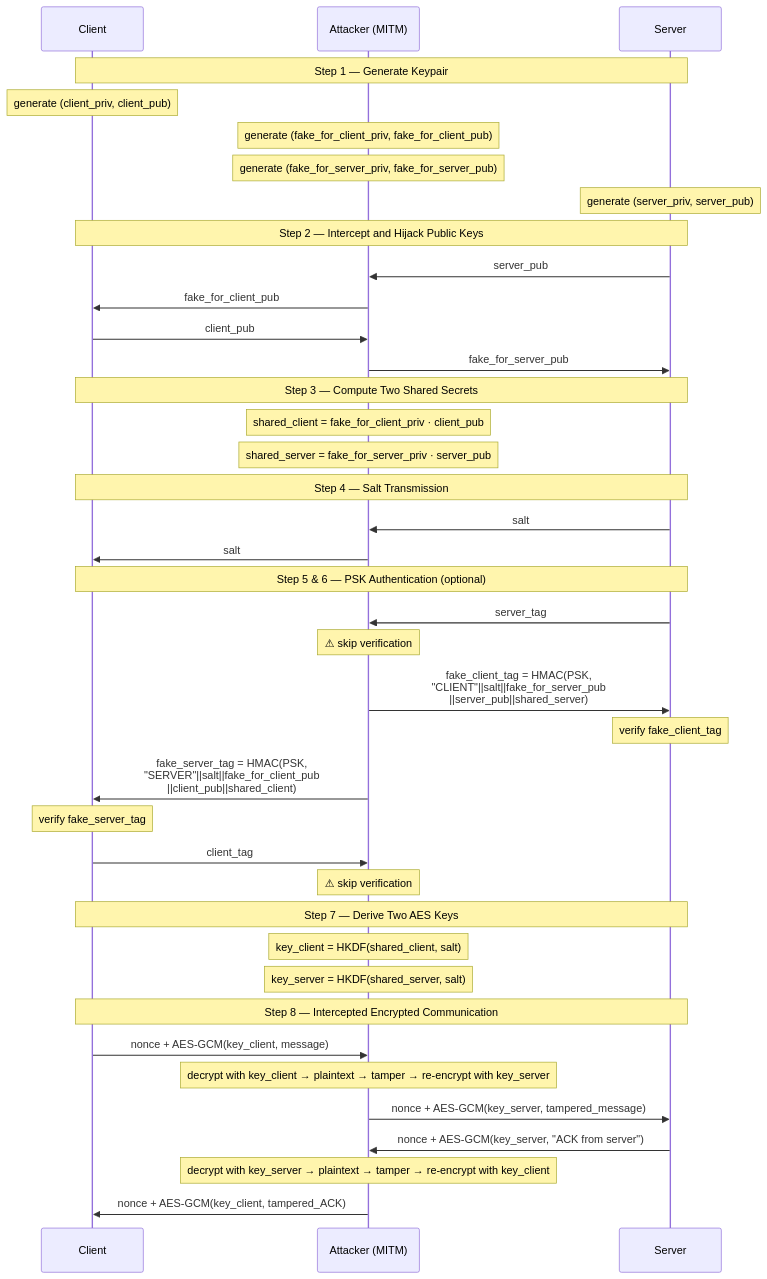
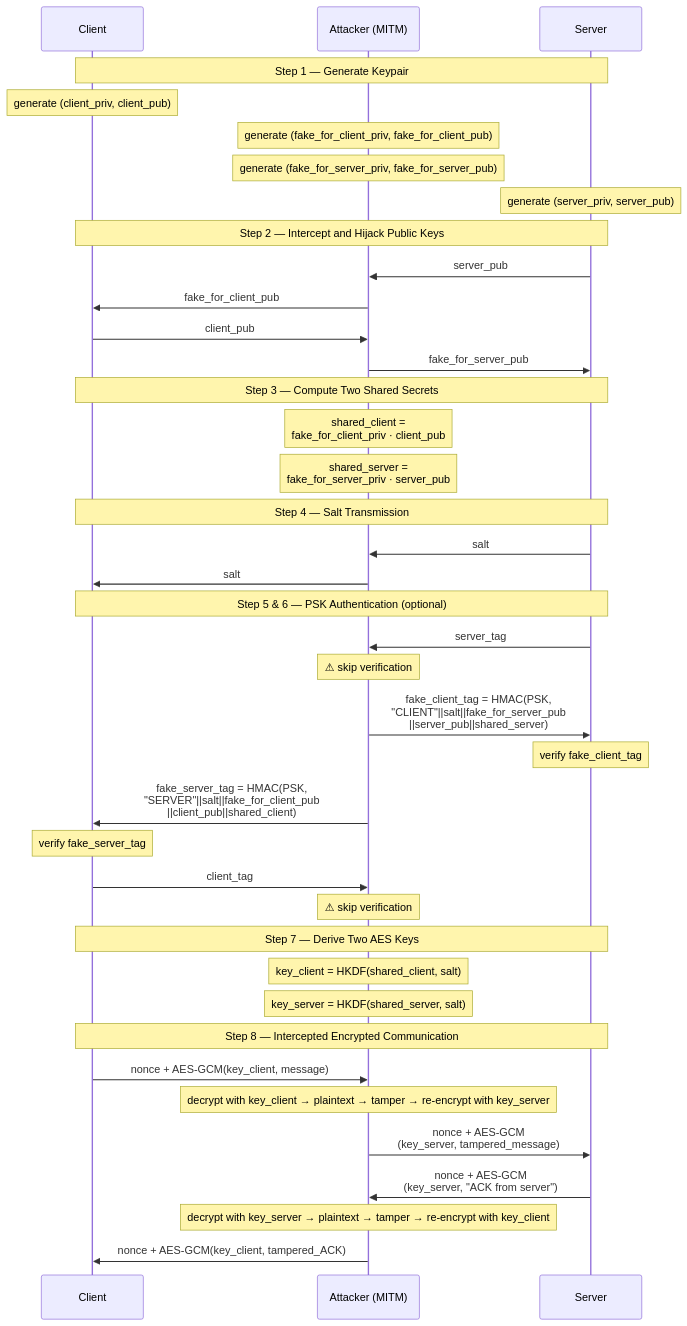
One commit to hanbo-fan/diffie-hellman-mitm-attack-demo changed the second of 3 diagrams in README.md. Above: the diagram before and after it, drawn with Mermaid. The commit also changed other lines of this file, not shown here.

````diff
--- a/README.md
+++ b/README.md
@@ -51,48 +51,48 @@
 ```mermaid
 sequenceDiagram
     participant C as Client
     participant M as Attacker (MITM)
     participant S as Server
 
     Note over C,S: Step 1 — Generate Keypair
     Note over C: generate (client_priv, client_pub)
     Note over M: generate (fake_for_client_priv, fake_for_client_pub)
     Note over M: generate (fake_for_server_priv, fake_for_server_pub)
     Note over S: generate (server_priv, server_pub)
 
     Note over C,S: Step 2 — Intercept and Hijack Public Keys
     S->>M: server_pub
     M->>C: fake_for_client_pub
     C->>M: client_pub
     M->>S: fake_for_server_pub
 
     Note over C,S: Step 3 — Compute Two Shared Secrets
-    Note over M: shared_client = fake_for_client_priv · client_pub
-    Note over M: shared_server = fake_for_server_priv · server_pub
+    Note over M: shared_client = <br/>fake_for_client_priv · client_pub
+    Note over M: shared_server = <br/>fake_for_server_priv · server_pub
 
     Note over C,S: Step 4 — Salt Transmission
     S->>M: salt
     M->>C: salt
 
     Note over C,S: Step 5 & 6 — PSK Authentication (optional)
     S->>M: server_tag
     Note over M: ⚠ skip verification
     M->>S: fake_client_tag = HMAC(PSK, <br/>"CLIENT"||salt||fake_for_server_pub<br/>||server_pub||shared_server)
     Note over S: verify fake_client_tag
     M->>C: fake_server_tag = HMAC(PSK, <br/>"SERVER"||salt||fake_for_client_pub<br/>||client_pub||shared_client)
     Note over C: verify fake_server_tag
     C->>M: client_tag
     Note over M: ⚠ skip verification
 
     Note over C,S: Step 7 — Derive Two AES Keys
     Note over M: key_client = HKDF(shared_client, salt)
     Note over M: key_server = HKDF(shared_server, salt)
 
     Note over C,S: Step 8 — Intercepted Encrypted Communication
     C->>M: nonce + AES-GCM(key_client, message)
     Note over M: decrypt with key_client → plaintext → tamper → re-encrypt with key_server
-    M->>S: nonce + AES-GCM(key_server, tampered_message)
-    S->>M: nonce + AES-GCM(key_server, "ACK from server")
+    M->>S: nonce + AES-GCM<br/>(key_server, tampered_message)
+    S->>M: nonce + AES-GCM<br/>(key_server, "ACK from server")
     Note over M: decrypt with key_server → plaintext → tamper → re-encrypt with key_client
     M->>C: nonce + AES-GCM(key_client, tampered_ACK)
 ```
````
